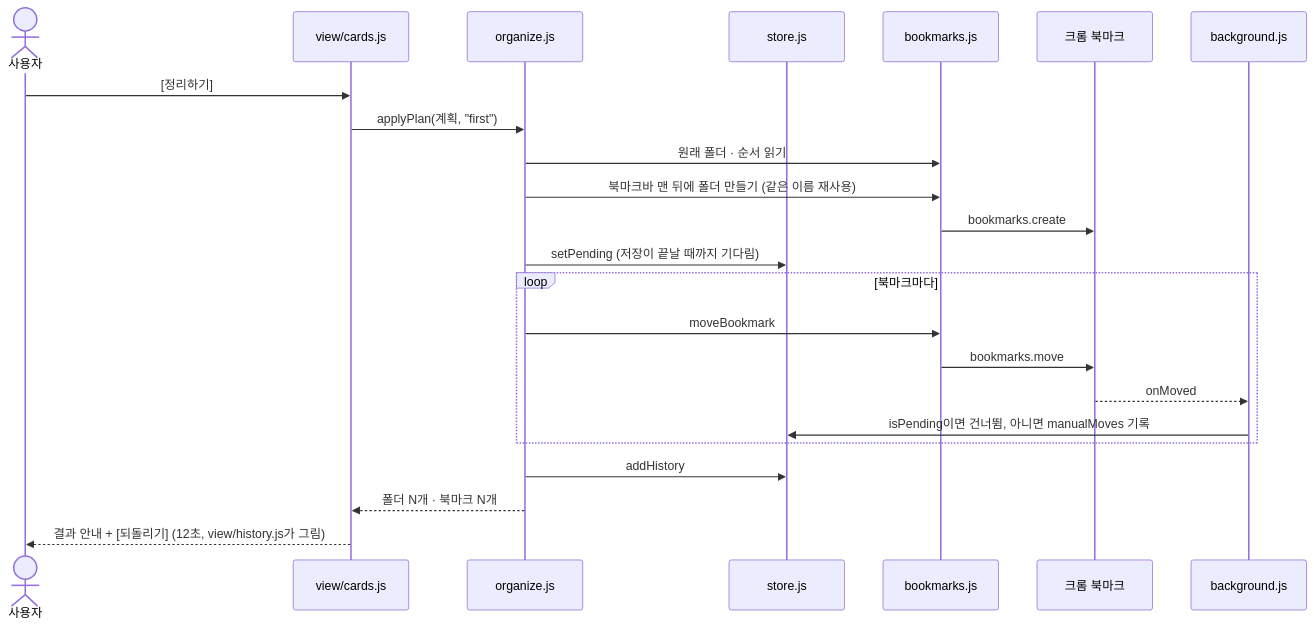
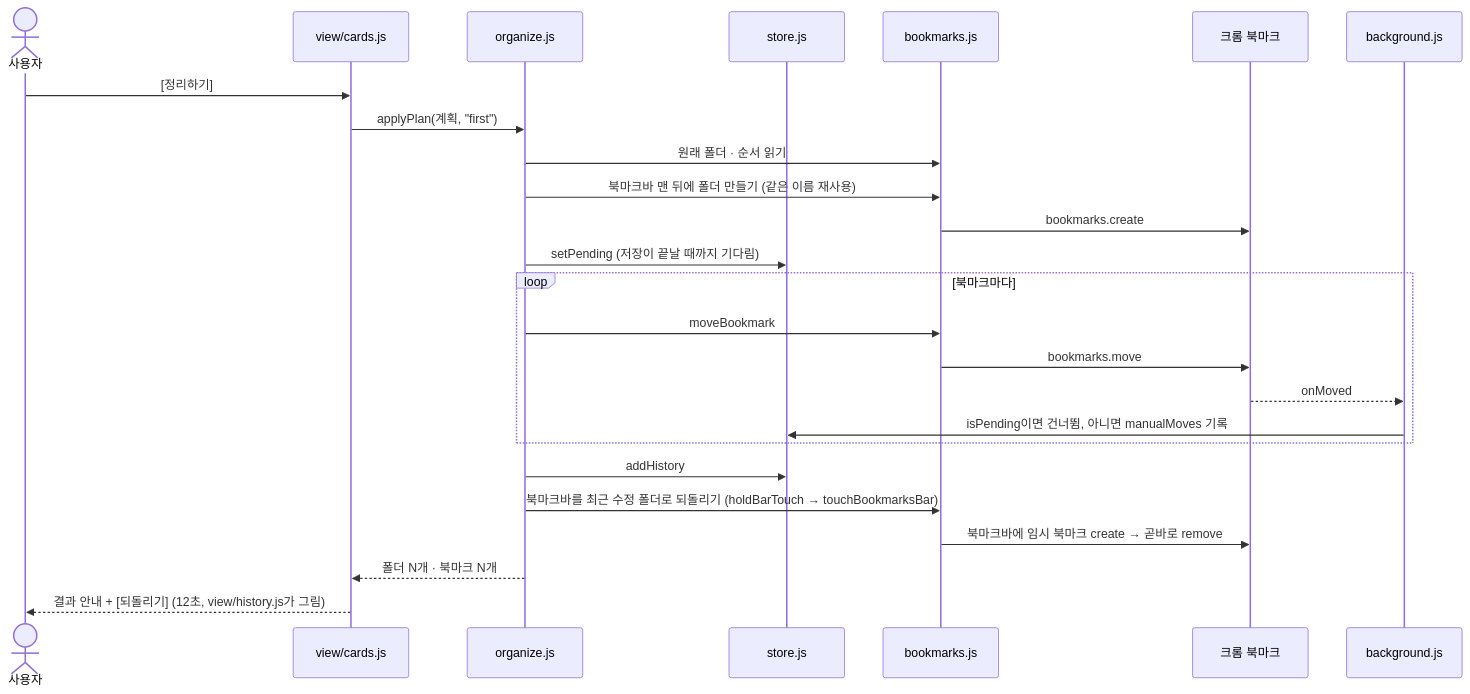
One commit to aix-team-5/aix_BaroLink_bookmark changed the third of 3 diagrams in docs/file-structure.md. Above: the diagram before and after it, drawn with Mermaid. The commit also changed other lines of this file and 1 other file, not shown here.

Commit message:
docs: 임시 북마크 규칙과 별 저장 위치 수동 확인 항목 (F10-01·F10-09)

````diff
--- a/docs/file-structure.md
+++ b/docs/file-structure.md
@@ -231,26 +231,28 @@
 ```mermaid
 sequenceDiagram
   actor U as 사용자
   participant R as view/cards.js
   participant O as organize.js
   participant S as store.js
   participant B as bookmarks.js
   participant C as 크롬 북마크
   participant W as background.js
 
   U->>R: [정리하기]
   R->>O: applyPlan(계획, "first")
   O->>B: 원래 폴더 · 순서 읽기
   O->>B: 북마크바 맨 뒤에 폴더 만들기 (같은 이름 재사용)
   B->>C: bookmarks.create
   O->>S: setPending (저장이 끝날 때까지 기다림)
   loop 북마크마다
     O->>B: moveBookmark
     B->>C: bookmarks.move
     C-->>W: onMoved
     W->>S: isPending이면 건너뜀, 아니면 manualMoves 기록
   end
   O->>S: addHistory
+  O->>B: 북마크바를 최근 수정 폴더로 되돌리기 (holdBarTouch → touchBookmarksBar)
+  B->>C: 북마크바에 임시 북마크 create → 곧바로 remove
   O-->>R: 폴더 N개 · 북마크 N개
   R-->>U: 결과 안내 + [되돌리기] (12초, view/history.js가 그림)
 ```
````
